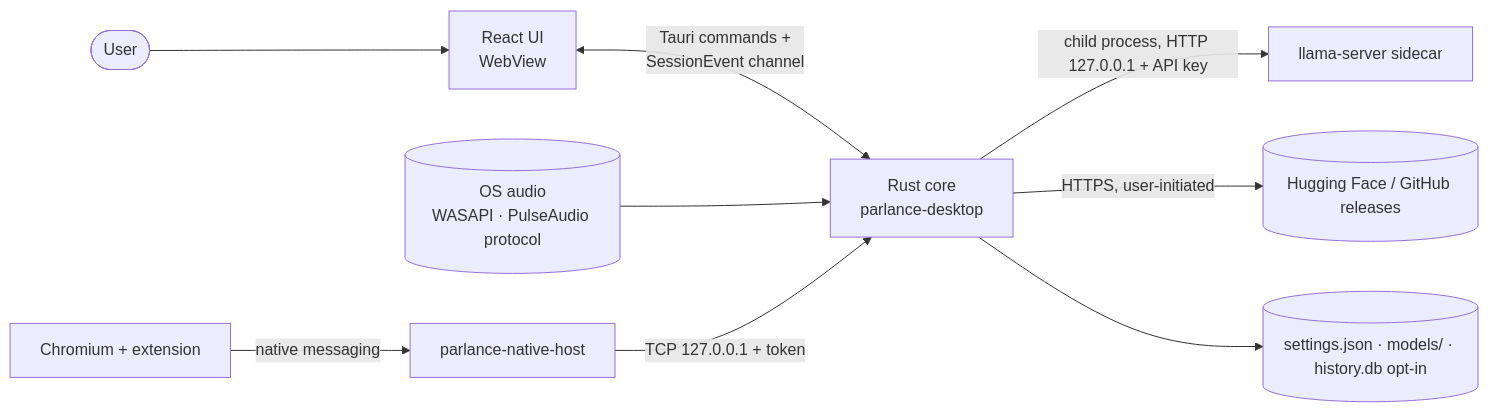
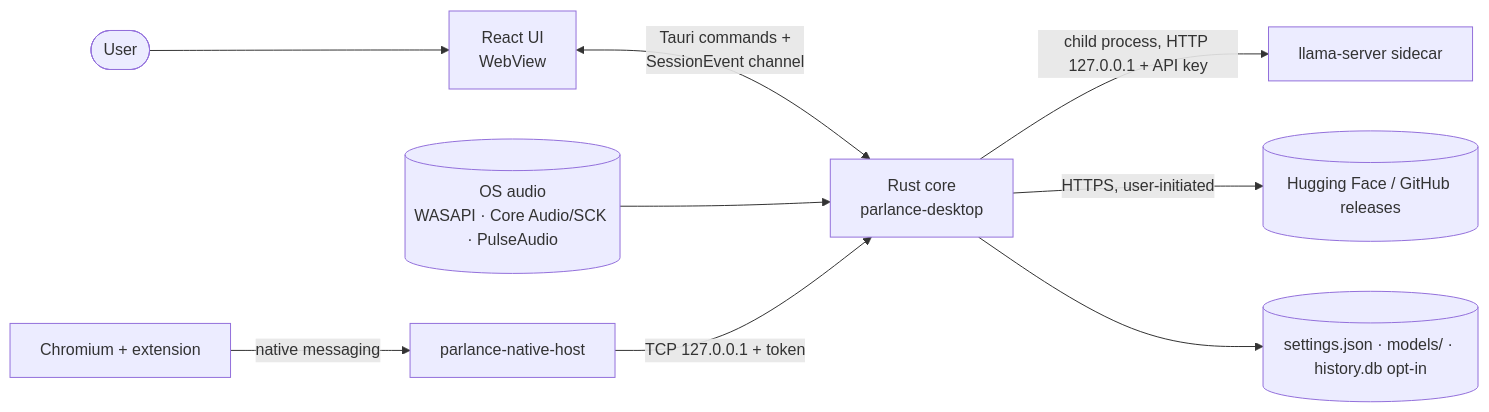
One commit to FrandyAquino/jav-parlance changed the first of 4 diagrams in docs/architecture/overview.md. Above: the diagram before and after it, drawn with Mermaid. The commit also changed other lines of this file and 47 other files, not shown here.

````diff
--- a/docs/architecture/overview.md
+++ b/docs/architecture/overview.md
@@ -8,11 +8,11 @@
 ```mermaid
 flowchart LR
   user([User]) --> ui[React UI<br/>WebView]
   ui <-- "Tauri commands +<br/>SessionEvent channel" --> core[Rust core<br/>parlance-desktop]
-  os[(OS audio<br/>WASAPI · PulseAudio protocol)] --> core
+  os[(OS audio<br/>WASAPI · Core Audio/SCK · PulseAudio)] --> core
   browser[Chromium + extension] -- native messaging --> host[parlance-native-host]
   host -- "TCP 127.0.0.1 + token" --> core
   core -- "child process, HTTP 127.0.0.1 + API key" --> llama[llama-server sidecar]
   core -- "HTTPS, user-initiated" --> hf[(Hugging Face / GitHub releases)]
   core --> disk[(settings.json · models/ · history.db opt-in)]
 ```
````
